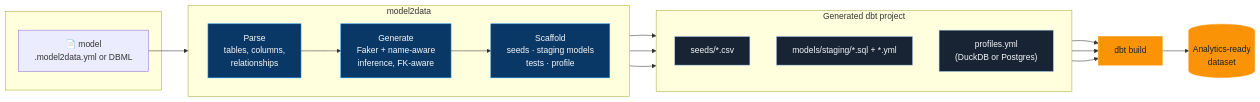
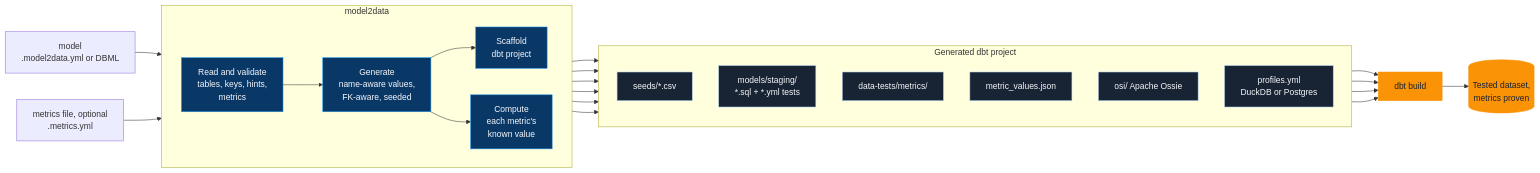
Before and after one commit to zqf20096327/dbhub_collect: the diagram in data/readmes/JB-Analytica__model2data.md, drawn with Mermaid. The commit also changed other lines of this file and 364 other files, not shown here.

````diff
--- a/data/readmes/JB-Analytica__model2data.md
+++ b/data/readmes/JB-Analytica__model2data.md
@@ -74,33 +232,36 @@
 ```mermaid
 flowchart LR
-    subgraph input [" "]
-        A["📄 model\n.model2data.yml or DBML"]
-    end
+    A["model<br>.model2data.yml or DBML"]
+    M["metrics file, optional<br>.metrics.yml"]
 
     subgraph m2d ["model2data"]
         direction LR
-        B["Parse\ntables, columns,\nrelationships"] --> C["Generate\nFaker + name-aware\ninference, FK-aware"]
-        C --> D["Scaffold\nseeds · staging models\ntests · profile"]
+        B["Read and validate<br>tables, keys, hints,<br>metrics"] --> C["Generate<br>name-aware values,<br>FK-aware, seeded"]
+        C --> D["Scaffold<br>dbt project"]
+        C --> K["Compute<br>each metric's<br>known value"]
     end
 
     subgraph output ["Generated dbt project"]
         direction TB
         E["seeds/*.csv"]
-        F["models/staging/*.sql + *.yml"]
-        G["profiles.yml\n(DuckDB or Postgres)"]
+        F["models/staging/<br>*.sql + *.yml tests"]
+        G["data-tests/metrics/"]
+        J["metric_values.json"]
+        O["osi/ Apache Ossie"]
+        P["profiles.yml<br>DuckDB or Postgres"]
     end
 
     A --> B
-    D --> E
-    D --> F
-    D --> G
-    E & F & G --> H["dbt build"]
-    H --> I[("Analytics-ready\ndataset")]
+    M --> B
+    D --> E & F & P
+    K --> G & J & O
+    E & F & G & P --> H["dbt build"]
+    H --> I[("Tested dataset,<br>metrics proven")]
 
     classDef m2dStyle fill:#0A3866,stroke:#2196F0,color:#F6F8FB
     classDef outStyle fill:#182333,stroke:#A8C9EE,color:#F6F8FB
     classDef endStyle fill:#FA9306,stroke:#FA9306,color:#182333
-    class B,C,D m2dStyle
-    class E,F,G outStyle
+    class B,C,D,K m2dStyle
+    class E,F,G,J,O,P outStyle
     class H,I endStyle
 ```
````
